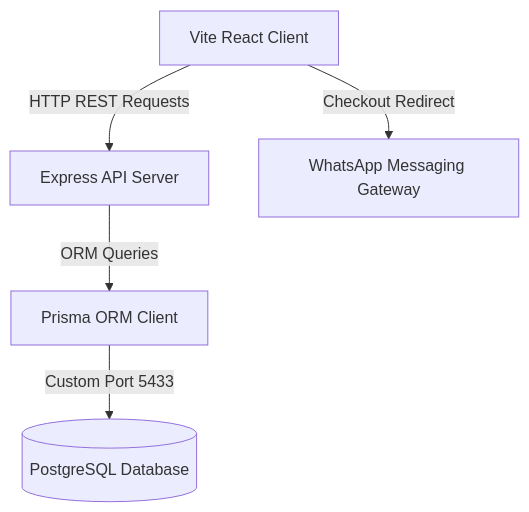
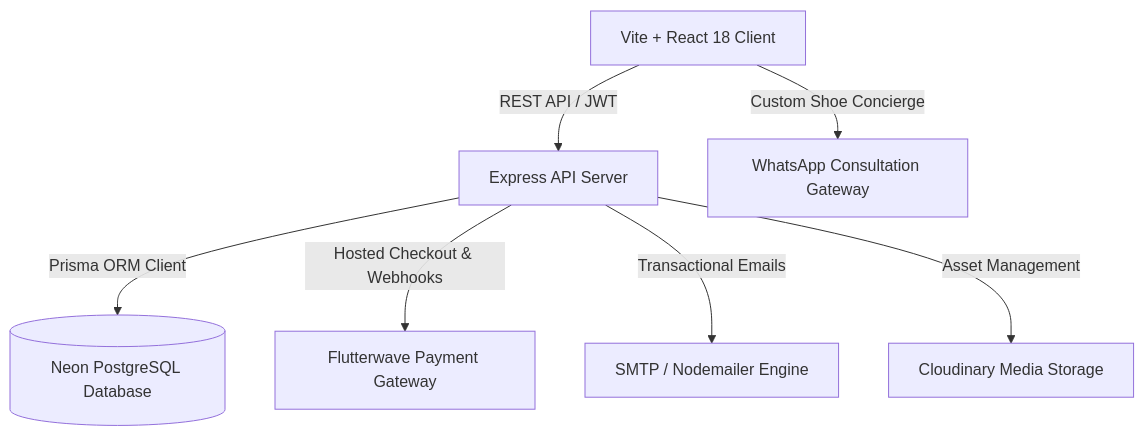
Before and after one commit to Adekunleemmy/ARGYR-FOOTWEAR-STORE: the diagram in README.md, drawn with Mermaid. The commit also changed other lines of this file and 19 other files, not shown here.

````diff
--- a/README.md
+++ b/README.md
@@ -11,7 +11,9 @@
 ```mermaid
 graph TD
-    Client[Vite React Client] -->|HTTP REST Requests| Server[Express API Server]
-    Server -->|ORM Queries| Prisma[Prisma ORM Client]
-    Prisma -->|Custom Port 5433| DB[(PostgreSQL Database)]
-    Client -->|Checkout Redirect| WhatsApp[WhatsApp Messaging Gateway]
+    Client[Vite + React 18 Client] -->|REST API / JWT| API[Express API Server]
+    API -->|Prisma ORM Client| DB[(Neon PostgreSQL Database)]
+    API -->|Hosted Checkout & Webhooks| FLW[Flutterwave Payment Gateway]
+    API -->|Transactional Emails| SMTP[SMTP / Nodemailer Engine]
+    API -->|Asset Management| CDN[Cloudinary Media Storage]
+    Client -->|Custom Shoe Concierge| WA[WhatsApp Consultation Gateway]
 ```
````
